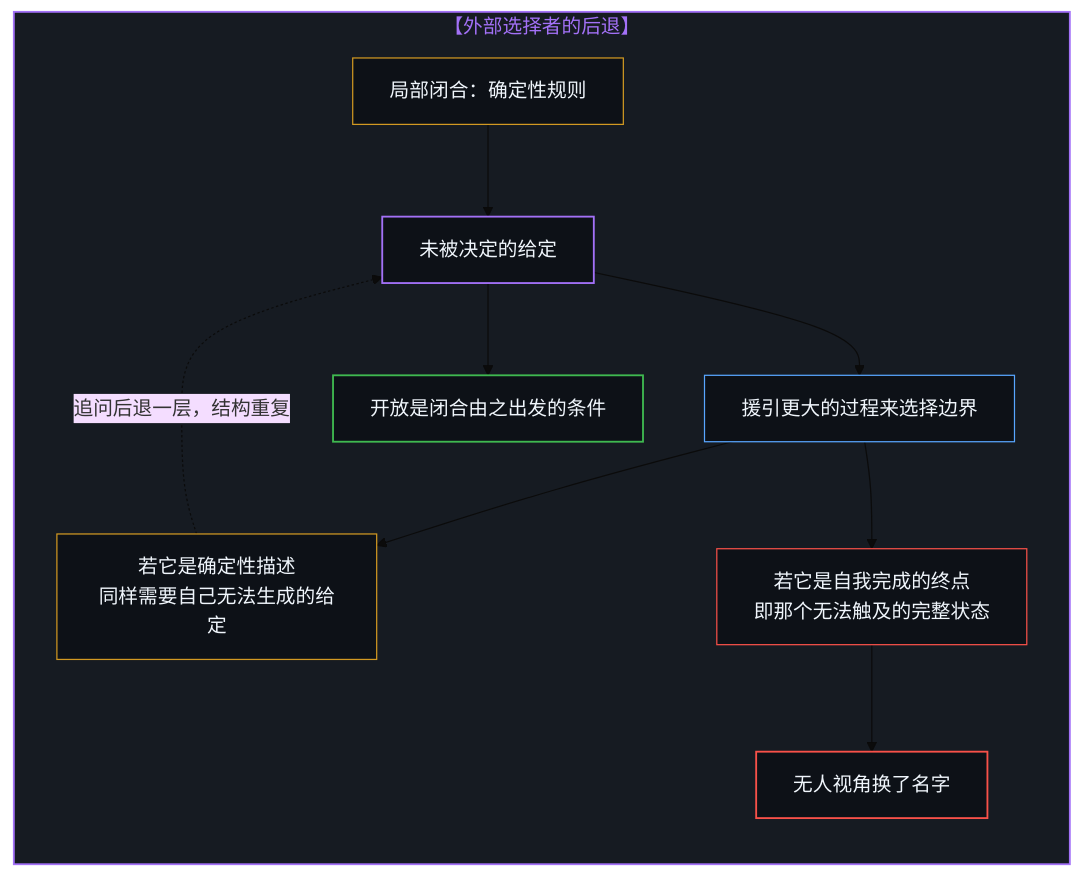
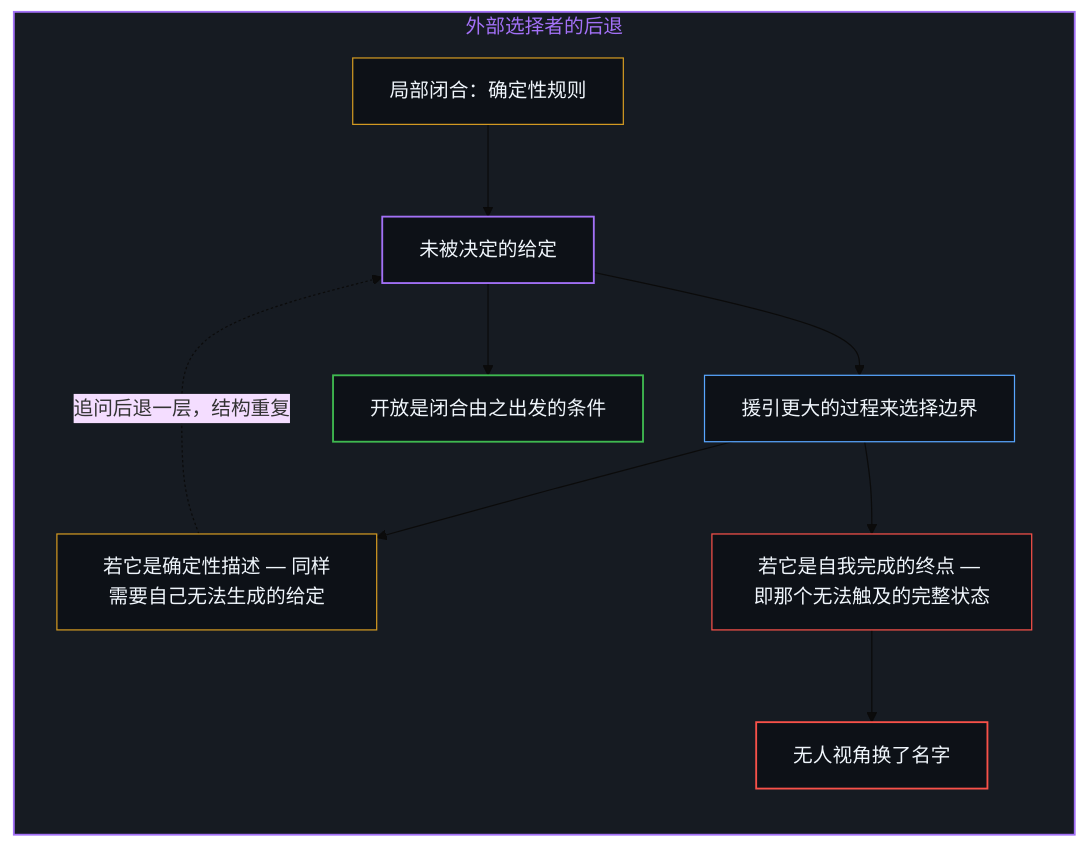
One commit to powerpig99/not-a-toe changed the seventh of 10 diagrams in content/posts/fixed-by-nothing.md. Above: the diagram before and after it, drawn with Mermaid (base theme). The commit also changed other lines of this file and 3 other files, not shown here.

````diff
--- a/content/posts/fixed-by-nothing.md
+++ b/content/posts/fixed-by-nothing.md
@@ -173,21 +173,21 @@
 ```mermaid
-graph TD
-    subgraph S_Regress ["【外部选择者的后退】"]
+flowchart TD
+    subgraph S_Regress ["外部选择者的后退"]
         direction TB
         L1["局部闭合：确定性规则"] --> L1G["未被决定的给定"]
         L1G --> L2["援引更大的过程来选择边界"]
-        L2 --> L2A["若它是确定性描述<br/>同样需要自己无法生成的给定"]
-        L2 --> L2B["若它是自我完成的终点<br/>即那个无法触及的完整状态"]
+        L2 --> L2A["若它是确定性描述 — 同样需要自己无法生成的给定"]
+        L2 --> L2B["若它是自我完成的终点 — 即那个无法触及的完整状态"]
         L2A -. "追问后退一层，结构重复" .-> L1G
         L2B --> L3["无人视角换了名字"]
         L1G --> L4["开放是闭合由之出发的条件"]
     end
     style S_Regress fill:#161b22,stroke:#a371f7,stroke-width:1.5px,color:#a371f7
     style L1 fill:#0d1117,stroke:#d29922,stroke-width:1px,color:#f0f6fc
     style L1G fill:#0d1117,stroke:#a371f7,stroke-width:1.5px,color:#f0f6fc
     style L2 fill:#0d1117,stroke:#58a6ff,stroke-width:1px,color:#f0f6fc
     style L2A fill:#0d1117,stroke:#d29922,stroke-width:1px,color:#f0f6fc
     style L2B fill:#0d1117,stroke:#f85149,stroke-width:1px,color:#f0f6fc
     style L3 fill:#0d1117,stroke:#f85149,stroke-width:1.5px,color:#f0f6fc
     style L4 fill:#0d1117,stroke:#3fb950,stroke-width:1.5px,color:#f0f6fc
 ```
````
